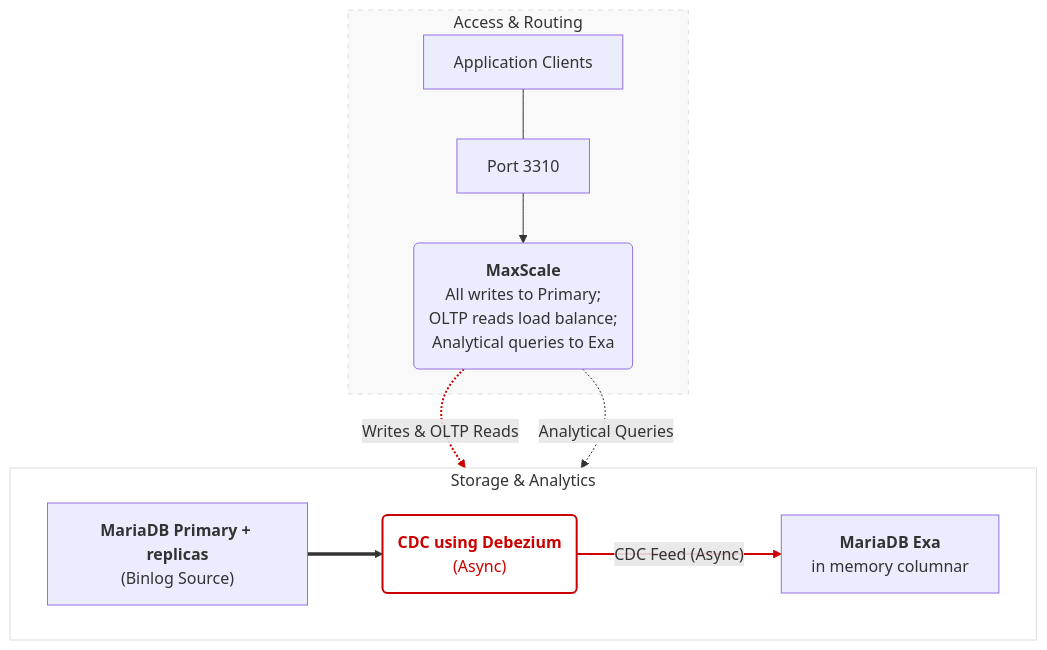
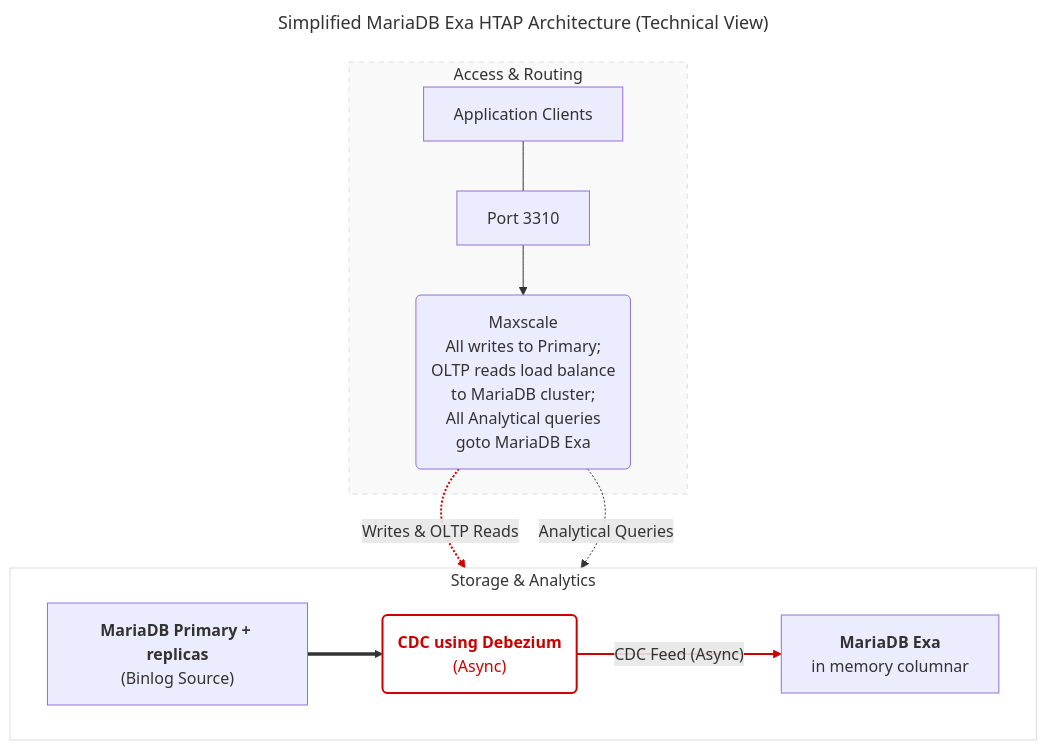
Before and after one commit to rusher/mariadb-docs: the diagram in mariadb-cloud/quickstart/htap-mariadb-exa.md, drawn with Mermaid. The commit also changed other lines of this file, not shown here.

````diff
--- a/mariadb-cloud/quickstart/htap-mariadb-exa.md
+++ b/mariadb-cloud/quickstart/htap-mariadb-exa.md
@@ -21,35 +21,38 @@
 ```mermaid
+---
+title: Simplified MariaDB Exa HTAP Architecture (Technical View)
+---
 graph TD
     %% Row 1: Access & Routing
     subgraph Routing_Layer [Access & Routing]
         App[Application Clients] --- Port["Port 3310"]
-        Port --> MS("<b>MaxScale</b><br/>All writes to Primary;<br/>OLTP reads load balance;<br/>Analytical queries to Exa")
+        Port --> MS(Maxscale<br/>All writes to Primary;<br/>OLTP reads load balance<br/>to MariaDB cluster;<br/>All Analytical queries<br/>goto MariaDB Exa)
     end
 
     %% Row 2: Storage & Sync
     subgraph Engine_Layer [Storage & Analytics]
         direction LR
         DB_Primary["<b>MariaDB Primary + replicas</b><br/>(Binlog Source)"]
         
         %% CDC Flow (Middle of Row 2)
         DB_Primary ==> CDC("<b>CDC using Debezium</b><br/>(Async)")
         
         CDC == "CDC Feed (Async)" ==> EXA["<b>MariaDB Exa</b><br/>in memory columnar"]
     end
 
     %% Connections between Rows
     MS -.->|"Writes & OLTP Reads"| DB_Primary
     MS -.->|"Analytical Queries"| EXA
 
     %% Styling
     classDef redNode fill:#fff,stroke:#cc0000,stroke-width:2px,color:#cc0000;
     class CDC redNode;
     
     %% Red lines for CDC flow
     linkStyle 3 stroke:#cc0000,stroke-width:2px;
     linkStyle 4 stroke:#cc0000,stroke-width:2px;
     
     %% Style subgraphs to be subtle
     style Routing_Layer fill:#f9f9f9,stroke:#ddd,stroke-dasharray: 5 5
     style Engine_Layer fill:#fff,stroke:#ddd
 ```
````
